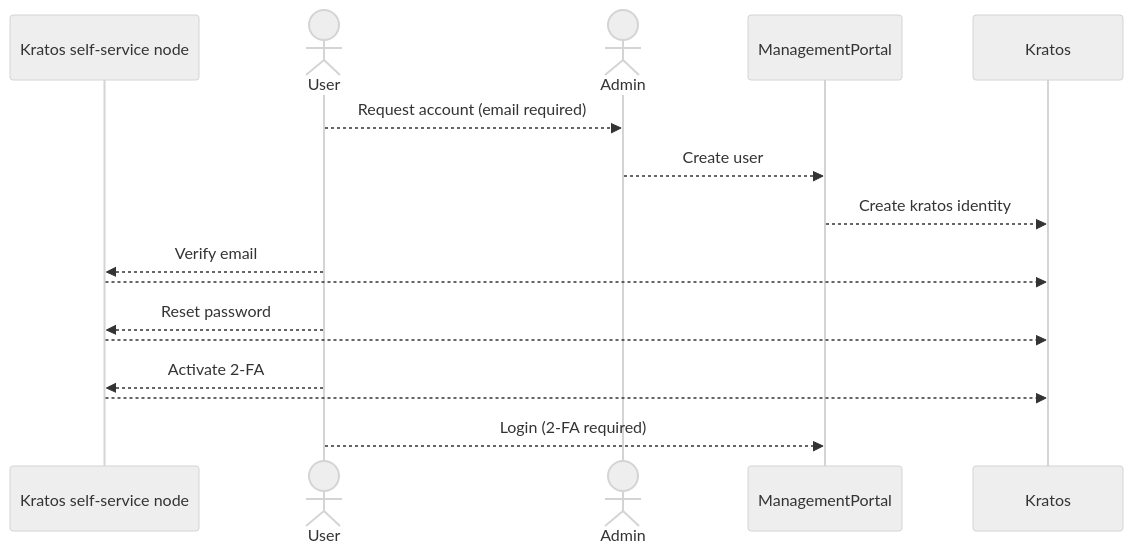
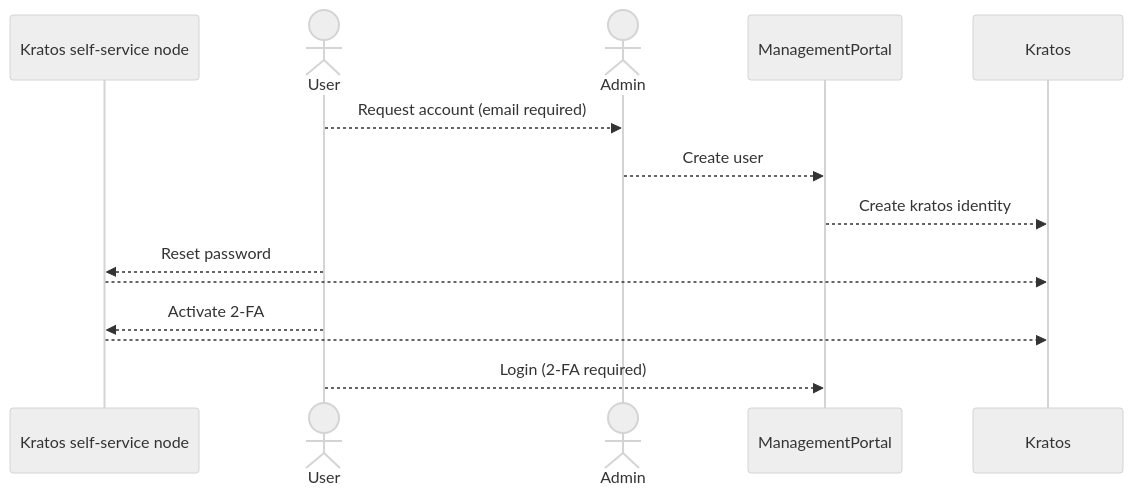
Before and after one commit to RADAR-base/ManagementPortal: the diagram in README.md, drawn with Mermaid (neutral theme). The commit also changed other lines of this file, not shown here.

````diff
--- a/README.md
+++ b/README.md
@@ -226,21 +227,19 @@
 ```mermaid
 sequenceDiagram
     participant radar as Kratos self-service node
     actor colleague as User
     actor researcher as Admin
     participant mp as ManagementPortal
     participant kratos as Kratos
 
 
     #== User Registration ==
     colleague -->> researcher: Request account (email required)
     researcher -->> mp: Create user
-    mp -->> kratos: Create kratos identity
-    colleague -->> radar: Verify email
-    radar -->> kratos:  
+    mp -->> kratos: Create kratos identity 
     colleague -->> radar: Reset password
     radar -->> kratos: 
     colleague -->> radar: Activate 2-FA
     radar -->> kratos: 
     colleague -->> mp: Login (2-FA required)
 ```
````
